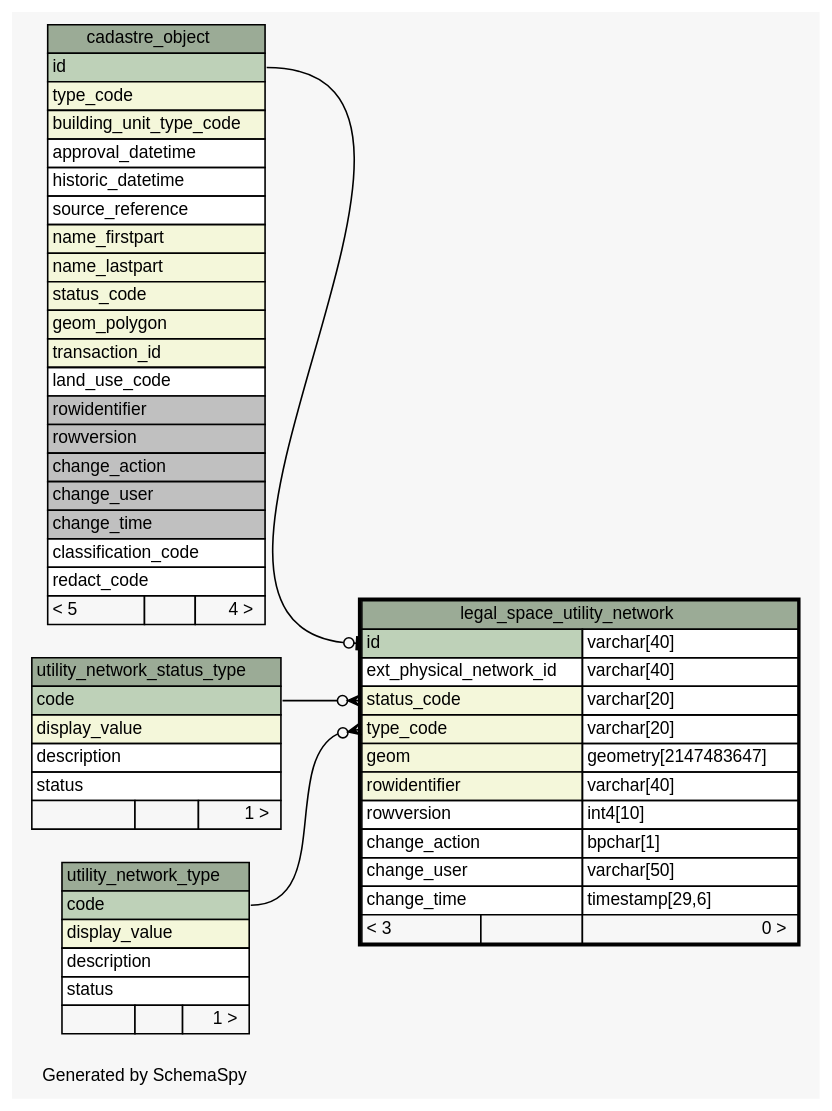
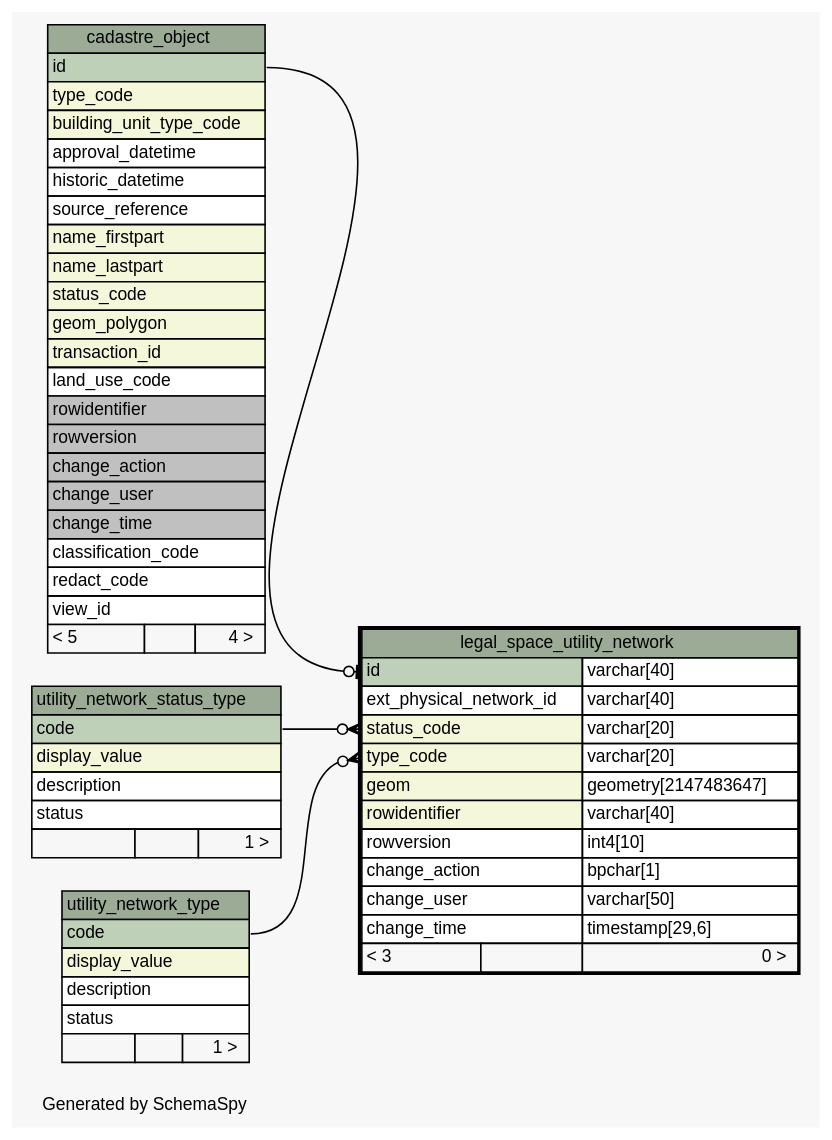
One commit to SOLA-SR-FAO/database changed the diagram in doc/cadastre/diagrams/legal_space_utility_network.1degree.dot. Above: the diagram before and after it, drawn with Graphviz. The commit also changed 592 other files, not shown here.

```diff
--- a/doc/cadastre/diagrams/legal_space_utility_network.1degree.dot
+++ b/doc/cadastre/diagrams/legal_space_utility_network.1degree.dot
@@ -1,98 +1,99 @@
 // dot 2.36.0 on Windows 7 6.1
 // SchemaSpy rev 590
 digraph "oneDegreeRelationshipsDiagram" {
   graph [
     rankdir="RL"
     bgcolor="#f7f7f7"
     label="\nGenerated by SchemaSpy"
     labeljust="l"
     nodesep="0.18"
     ranksep="0.46"
     fontname="Helvetica"
     fontsize="11"
   ];
   node [
     fontname="Helvetica"
     fontsize="11"
     shape="plaintext"
   ];
   edge [
     arrowsize="0.8"
   ];
   "legal_space_utility_network":"id":w -> "cadastre_object":"id":e [arrowhead=none dir=back arrowtail=teeodot];
   "legal_space_utility_network":"status_code":w -> "utility_network_status_type":"code":e [arrowhead=none dir=back arrowtail=crowodot];
   "legal_space_utility_network":"type_code":w -> "utility_network_type":"code":e [arrowhead=none dir=back arrowtail=crowodot];
   "cadastre_object" [
     label=<
     <TABLE BORDER="0" CELLBORDER="1" CELLSPACING="0" BGCOLOR="#ffffff">
       <TR><TD COLSPAN="3" BGCOLOR="#9bab96" ALIGN="CENTER">cadastre_object</TD></TR>
       <TR><TD PORT="id" COLSPAN="3" BGCOLOR="#bed1b8" ALIGN="LEFT">id</TD></TR>
       <TR><TD PORT="type_code" COLSPAN="3" BGCOLOR="#f4f7da" ALIGN="LEFT">type_code</TD></TR>
       <TR><TD PORT="building_unit_type_code" COLSPAN="3" BGCOLOR="#f4f7da" ALIGN="LEFT">building_unit_type_code</TD></TR>
       <TR><TD PORT="approval_datetime" COLSPAN="3" ALIGN="LEFT">approval_datetime</TD></TR>
       <TR><TD PORT="historic_datetime" COLSPAN="3" ALIGN="LEFT">historic_datetime</TD></TR>
       <TR><TD PORT="source_reference" COLSPAN="3" ALIGN="LEFT">source_reference</TD></TR>
       <TR><TD PORT="name_firstpart" COLSPAN="3" BGCOLOR="#f4f7da" ALIGN="LEFT">name_firstpart</TD></TR>
       <TR><TD PORT="name_lastpart" COLSPAN="3" BGCOLOR="#f4f7da" ALIGN="LEFT">name_lastpart</TD></TR>
       <TR><TD PORT="status_code" COLSPAN="3" BGCOLOR="#f4f7da" ALIGN="LEFT">status_code</TD></TR>
       <TR><TD PORT="geom_polygon" COLSPAN="3" BGCOLOR="#f4f7da" ALIGN="LEFT">geom_polygon</TD></TR>
       <TR><TD PORT="transaction_id" COLSPAN="3" BGCOLOR="#f4f7da" ALIGN="LEFT">transaction_id</TD></TR>
       <TR><TD PORT="land_use_code" COLSPAN="3" ALIGN="LEFT">land_use_code</TD></TR>
       <TR><TD PORT="rowidentifier" COLSPAN="3" BGCOLOR="#c0c0c0" ALIGN="LEFT">rowidentifier</TD></TR>
       <TR><TD PORT="rowversion" COLSPAN="3" BGCOLOR="#c0c0c0" ALIGN="LEFT">rowversion</TD></TR>
       <TR><TD PORT="change_action" COLSPAN="3" BGCOLOR="#c0c0c0" ALIGN="LEFT">change_action</TD></TR>
       <TR><TD PORT="change_user" COLSPAN="3" BGCOLOR="#c0c0c0" ALIGN="LEFT">change_user</TD></TR>
       <TR><TD PORT="change_time" COLSPAN="3" BGCOLOR="#c0c0c0" ALIGN="LEFT">change_time</TD></TR>
       <TR><TD PORT="classification_code" COLSPAN="3" ALIGN="LEFT">classification_code</TD></TR>
       <TR><TD PORT="redact_code" COLSPAN="3" ALIGN="LEFT">redact_code</TD></TR>
+      <TR><TD PORT="view_id" COLSPAN="3" ALIGN="LEFT">view_id</TD></TR>
       <TR><TD ALIGN="LEFT" BGCOLOR="#f7f7f7">&lt; 5</TD><TD ALIGN="RIGHT" BGCOLOR="#f7f7f7">  </TD><TD ALIGN="RIGHT" BGCOLOR="#f7f7f7">4 &gt;</TD></TR>
     </TABLE>>
     URL="cadastre_object.html"
     tooltip="cadastre_object"
   ];
   "legal_space_utility_network" [
     label=<
     <TABLE BORDER="2" CELLBORDER="1" CELLSPACING="0" BGCOLOR="#ffffff">
       <TR><TD COLSPAN="3" BGCOLOR="#9bab96" ALIGN="CENTER">legal_space_utility_network</TD></TR>
       <TR><TD PORT="id" COLSPAN="2" BGCOLOR="#bed1b8" ALIGN="LEFT">id</TD><TD PORT="id.type" ALIGN="LEFT">varchar[40]</TD></TR>
       <TR><TD PORT="ext_physical_network_id" COLSPAN="2" ALIGN="LEFT">ext_physical_network_id</TD><TD PORT="ext_physical_network_id.type" ALIGN="LEFT">varchar[40]</TD></TR>
       <TR><TD PORT="status_code" COLSPAN="2" BGCOLOR="#f4f7da" ALIGN="LEFT">status_code</TD><TD PORT="status_code.type" ALIGN="LEFT">varchar[20]</TD></TR>
       <TR><TD PORT="type_code" COLSPAN="2" BGCOLOR="#f4f7da" ALIGN="LEFT">type_code</TD><TD PORT="type_code.type" ALIGN="LEFT">varchar[20]</TD></TR>
       <TR><TD PORT="geom" COLSPAN="2" BGCOLOR="#f4f7da" ALIGN="LEFT">geom</TD><TD PORT="geom.type" ALIGN="LEFT">geometry[2147483647]</TD></TR>
       <TR><TD PORT="rowidentifier" COLSPAN="2" BGCOLOR="#f4f7da" ALIGN="LEFT">rowidentifier</TD><TD PORT="rowidentifier.type" ALIGN="LEFT">varchar[40]</TD></TR>
       <TR><TD PORT="rowversion" COLSPAN="2" ALIGN="LEFT">rowversion</TD><TD PORT="rowversion.type" ALIGN="LEFT">int4[10]</TD></TR>
       <TR><TD PORT="change_action" COLSPAN="2" ALIGN="LEFT">change_action</TD><TD PORT="change_action.type" ALIGN="LEFT">bpchar[1]</TD></TR>
       <TR><TD PORT="change_user" COLSPAN="2" ALIGN="LEFT">change_user</TD><TD PORT="change_user.type" ALIGN="LEFT">varchar[50]</TD></TR>
       <TR><TD PORT="change_time" COLSPAN="2" ALIGN="LEFT">change_time</TD><TD PORT="change_time.type" ALIGN="LEFT">timestamp[29,6]</TD></TR>
       <TR><TD ALIGN="LEFT" BGCOLOR="#f7f7f7">&lt; 3</TD><TD ALIGN="RIGHT" BGCOLOR="#f7f7f7">  </TD><TD ALIGN="RIGHT" BGCOLOR="#f7f7f7">0 &gt;</TD></TR>
     </TABLE>>
     URL="legal_space_utility_network.html"
     tooltip="legal_space_utility_network"
   ];
   "utility_network_status_type" [
     label=<
     <TABLE BORDER="0" CELLBORDER="1" CELLSPACING="0" BGCOLOR="#ffffff">
       <TR><TD COLSPAN="3" BGCOLOR="#9bab96" ALIGN="CENTER">utility_network_status_type</TD></TR>
       <TR><TD PORT="code" COLSPAN="3" BGCOLOR="#bed1b8" ALIGN="LEFT">code</TD></TR>
       <TR><TD PORT="display_value" COLSPAN="3" BGCOLOR="#f4f7da" ALIGN="LEFT">display_value</TD></TR>
       <TR><TD PORT="description" COLSPAN="3" ALIGN="LEFT">description</TD></TR>
       <TR><TD PORT="status" COLSPAN="3" ALIGN="LEFT">status</TD></TR>
       <TR><TD ALIGN="LEFT" BGCOLOR="#f7f7f7">  </TD><TD ALIGN="RIGHT" BGCOLOR="#f7f7f7">  </TD><TD ALIGN="RIGHT" BGCOLOR="#f7f7f7">1 &gt;</TD></TR>
     </TABLE>>
     URL="utility_network_status_type.html"
     tooltip="utility_network_status_type"
   ];
   "utility_network_type" [
     label=<
     <TABLE BORDER="0" CELLBORDER="1" CELLSPACING="0" BGCOLOR="#ffffff">
       <TR><TD COLSPAN="3" BGCOLOR="#9bab96" ALIGN="CENTER">utility_network_type</TD></TR>
       <TR><TD PORT="code" COLSPAN="3" BGCOLOR="#bed1b8" ALIGN="LEFT">code</TD></TR>
       <TR><TD PORT="display_value" COLSPAN="3" BGCOLOR="#f4f7da" ALIGN="LEFT">display_value</TD></TR>
       <TR><TD PORT="description" COLSPAN="3" ALIGN="LEFT">description</TD></TR>
       <TR><TD PORT="status" COLSPAN="3" ALIGN="LEFT">status</TD></TR>
       <TR><TD ALIGN="LEFT" BGCOLOR="#f7f7f7">  </TD><TD ALIGN="RIGHT" BGCOLOR="#f7f7f7">  </TD><TD ALIGN="RIGHT" BGCOLOR="#f7f7f7">1 &gt;</TD></TR>
     </TABLE>>
     URL="utility_network_type.html"
     tooltip="utility_network_type"
   ];
 }
```
